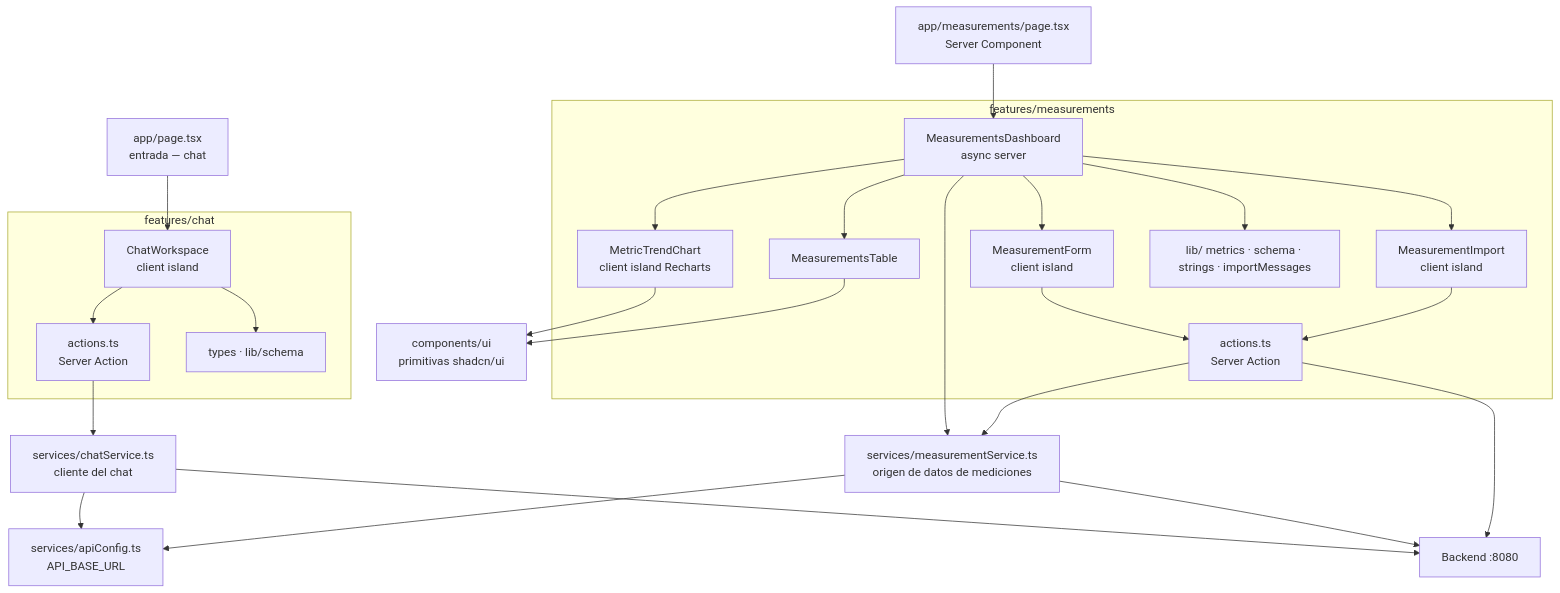
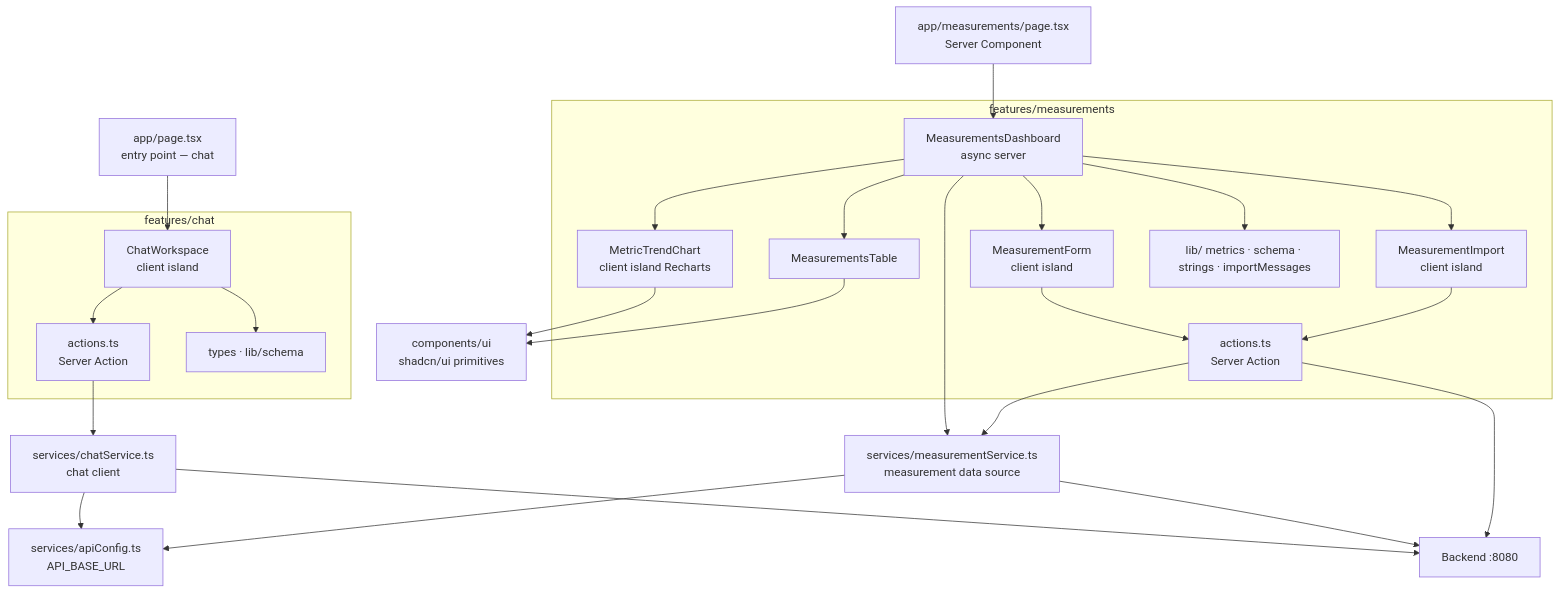
One commit to devmauriciopineda/careme changed the fourth of 4 diagrams in docs/architecture.md. Above: the diagram before and after it, drawn with Mermaid. The commit also changed other lines of this file and 46 other files, not shown here.

````diff
--- a/docs/architecture.md
+++ b/docs/architecture.md
@@ -221,45 +230,45 @@
 ```mermaid
 flowchart TB
-    page["app/page.tsx<br/>entrada — chat"]
+    page["app/page.tsx<br/>entry point — chat"]
     mpage["app/measurements/page.tsx<br/>Server Component"]
     subgraph feat["features/measurements"]
         dash["MeasurementsDashboard<br/>async server"]
         chart["MetricTrendChart<br/>client island Recharts"]
         table["MeasurementsTable"]
         form["MeasurementForm<br/>client island"]
         impc["MeasurementImport<br/>client island"]
         action["actions.ts<br/>Server Action"]
         lib["lib/ metrics · schema · strings · importMessages"]
     end
     subgraph chat["features/chat"]
         workspace["ChatWorkspace<br/>client island"]
         caction["actions.ts<br/>Server Action"]
         ctypes["types · lib/schema"]
     end
-    svc["services/measurementService.ts<br/>origen de datos de mediciones"]
-    csvc["services/chatService.ts<br/>cliente del chat"]
+    svc["services/measurementService.ts<br/>measurement data source"]
+    csvc["services/chatService.ts<br/>chat client"]
     cfg["services/apiConfig.ts<br/>API_BASE_URL"]
-    ui["components/ui<br/>primitivas shadcn/ui"]
+    ui["components/ui<br/>shadcn/ui primitives"]
     be["Backend :8080"]
     page --> workspace
     workspace --> caction
     workspace --> ctypes
     caction --> csvc
     csvc --> cfg
     csvc --> be
     mpage --> dash
     dash --> chart
     dash --> table
     dash --> form
     dash --> impc
     dash --> svc
     dash --> lib
     form --> action
     impc --> action
     action --> svc
     svc --> cfg
     svc --> be
     action --> be
     chart --> ui
     table --> ui
 ```
````
